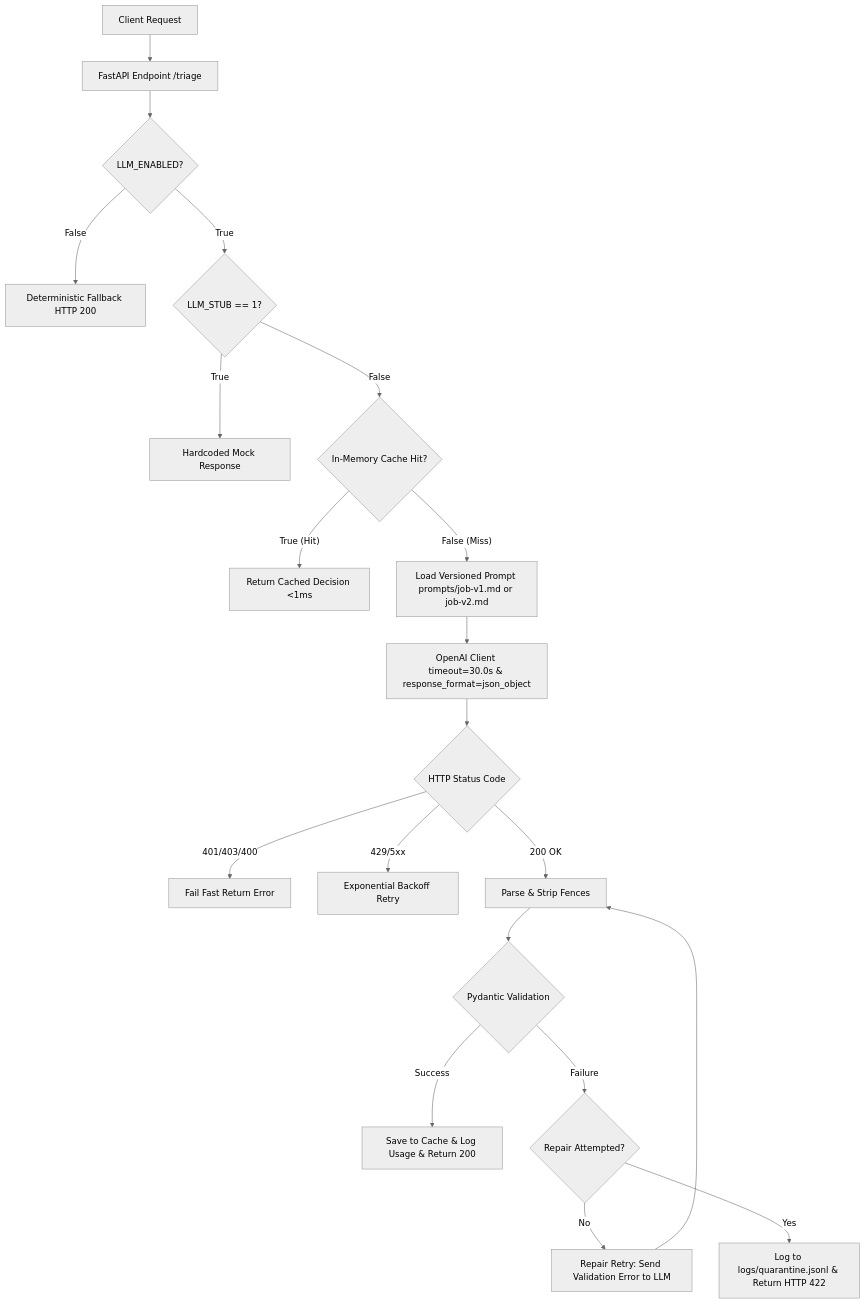
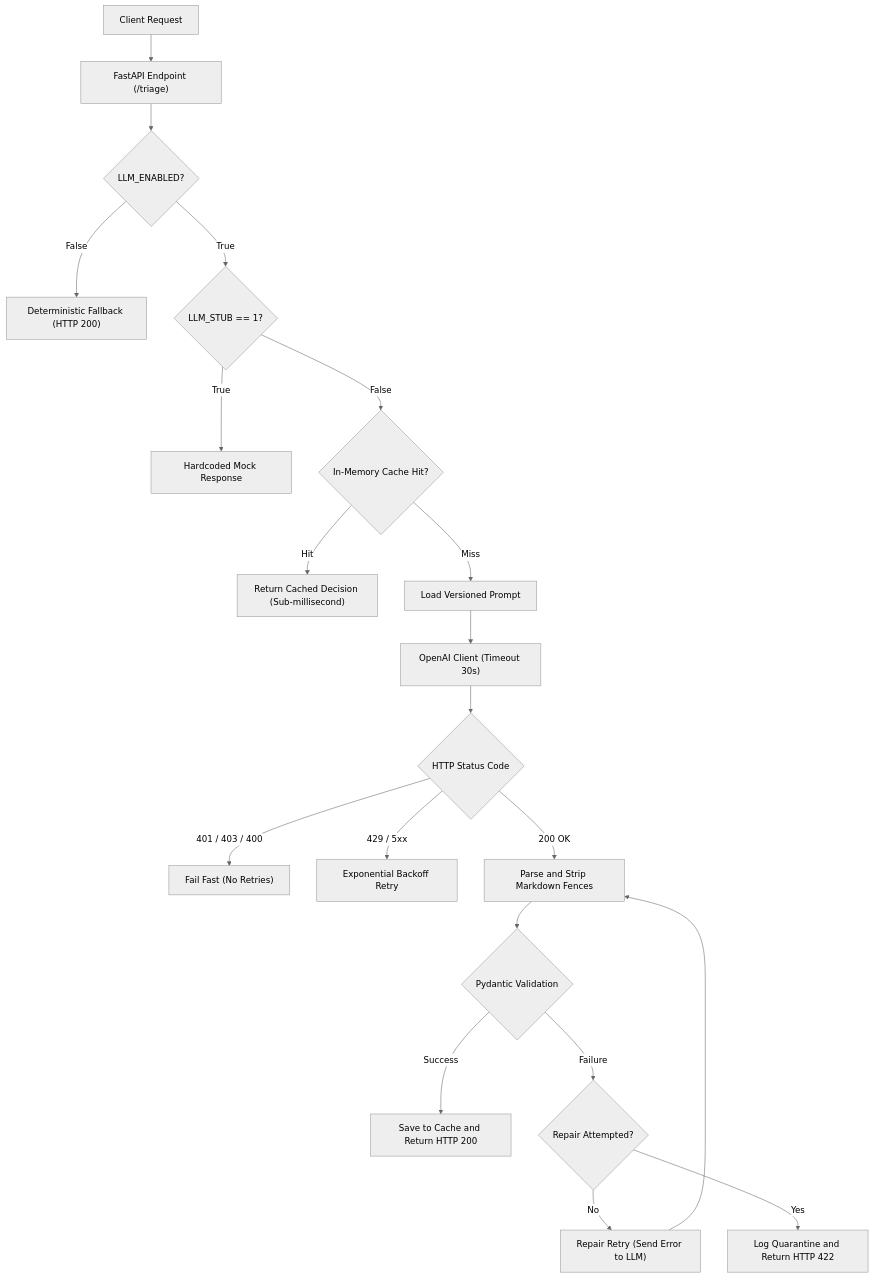
One commit to Mirah-003/llm-api changed the diagram in README.md. Above: the diagram before and after it, drawn with Mermaid (neutral theme).

Commit message:
Fix: Mermaid diagram formatting for GitHub rendering compatibility

````diff
--- a/README.md
+++ b/README.md
@@ -11,22 +11,22 @@
 ```mermaid
 flowchart TD
-    A[Client Request] --> B[FastAPI Endpoint /triage]
-    B --> C{LLM_ENABLED?}
-    C -- False --> D[Deterministic Fallback HTTP 200]
-    C -- True --> E{LLM_STUB == 1?}
-    E -- True --> F[Hardcoded Mock Response]
-    E -- False --> G{In-Memory Cache Hit?}
-    G -- True (Hit) --> H[Return Cached Decision <1ms]
-    G -- False (Miss) --> I[Load Versioned Prompt prompts/job-v1.md or job-v2.md]
-    I --> J[OpenAI Client timeout=30.0s & response_format=json_object]
-    J --> K{HTTP Status Code}
-    K -- 401/403/400 --> L[Fail Fast Return Error]
-    K -- 429/5xx --> M[Exponential Backoff Retry]
-    K -- 200 OK --> N[Parse & Strip Fences]
-    N --> O{Pydantic Validation}
-    O -- Success --> P[Save to Cache & Log Usage & Return 200]
-    O -- Failure --> Q{Repair Attempted?}
-    Q -- No --> R[Repair Retry: Send Validation Error to LLM]
+    A["Client Request"] --> B["FastAPI Endpoint (/triage)"]
+    B --> C{"LLM_ENABLED?"}
+    C -- "False" --> D["Deterministic Fallback (HTTP 200)"]
+    C -- "True" --> E{"LLM_STUB == 1?"}
+    E -- "True" --> F["Hardcoded Mock Response"]
+    E -- "False" --> G{"In-Memory Cache Hit?"}
+    G -- "Hit" --> H["Return Cached Decision (Sub-millisecond)"]
+    G -- "Miss" --> I["Load Versioned Prompt"]
+    I --> J["OpenAI Client (Timeout 30s)"]
+    J --> K{"HTTP Status Code"}
+    K -- "401 / 403 / 400" --> L["Fail Fast (No Retries)"]
+    K -- "429 / 5xx" --> M["Exponential Backoff Retry"]
+    K -- "200 OK" --> N["Parse and Strip Markdown Fences"]
+    N --> O{"Pydantic Validation"}
+    O -- "Success" --> P["Save to Cache and Return HTTP 200"]
+    O -- "Failure" --> Q{"Repair Attempted?"}
+    Q -- "No" --> R["Repair Retry (Send Error to LLM)"]
     R --> N
-    Q -- Yes --> S[Log to logs/quarantine.jsonl & Return HTTP 422]
+    Q -- "Yes" --> S["Log Quarantine and Return HTTP 422"]
 ```
````
